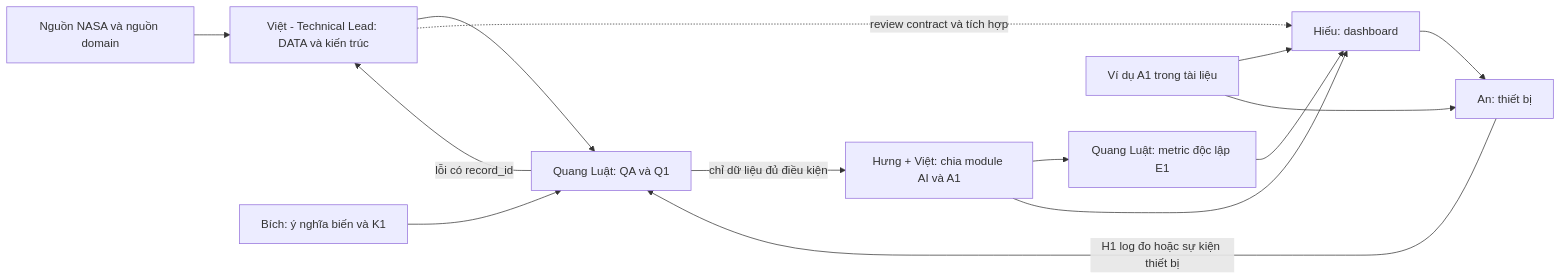
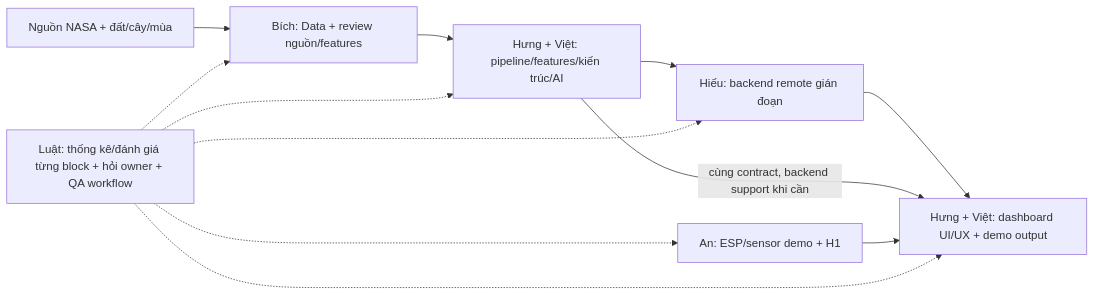
One commit to NeuraX-Lab/neurax-docs changed the diagram in nasa-space-apps-2026/planning/team-workstreams.md. Above: the diagram before and after it, drawn with Mermaid. The commit also changed other lines of this file and 210 other files, not shown here.

````diff
--- a/nasa-space-apps-2026/planning/team-workstreams.md
+++ b/nasa-space-apps-2026/planning/team-workstreams.md
@@ -17,16 +18,14 @@
 ```mermaid
 flowchart LR
-  S["Nguồn NASA và nguồn domain"] --> V["Việt - Technical Lead: DATA và kiến trúc"]
-  V --> Q["Quang Luật: QA và Q1"]
-  B["Bích: ý nghĩa biến và K1"] --> Q
-  Q -->|"chỉ dữ liệu đủ điều kiện"| H["Hưng + Việt: chia module AI và A1"]
-  Q -->|"lỗi có record_id"| V
-  H --> E["Quang Luật: metric độc lập E1"]
-  H --> I["Hiếu: dashboard"]
-  E --> I
-  V -.->|"review contract và tích hợp"| I
-  M["Ví dụ A1 trong tài liệu"] --> I
-  M --> A["An: thiết bị"]
-  I --> A
-  A -->|"H1 log đo hoặc sự kiện thiết bị"| Q
+  S["Nguồn NASA + đất/cây/mùa"] --> B["Bích: Data + review nguồn/features"]
+  B --> HV["Hưng + Việt: pipeline/features/kiến trúc/AI"]
+  HV --> BE["Hiếu: backend remote gián đoạn"]
+  BE --> UI["Hưng + Việt: dashboard UI/UX + demo output"]
+  HV -->|"cùng contract, backend support khi cần"| UI
+  AN["An: ESP/sensor demo + H1"] --> UI
+  Q["Luật: thống kê/đánh giá từng block + hỏi owner + QA workflow"] -.-> B
+  Q -.-> HV
+  Q -.-> BE
+  Q -.-> UI
+  Q -.-> AN
 ```
````
